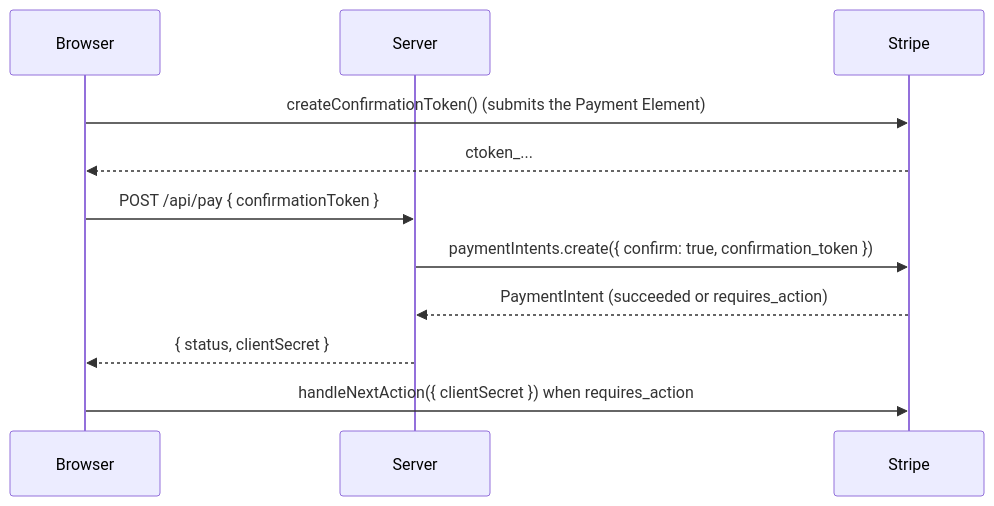
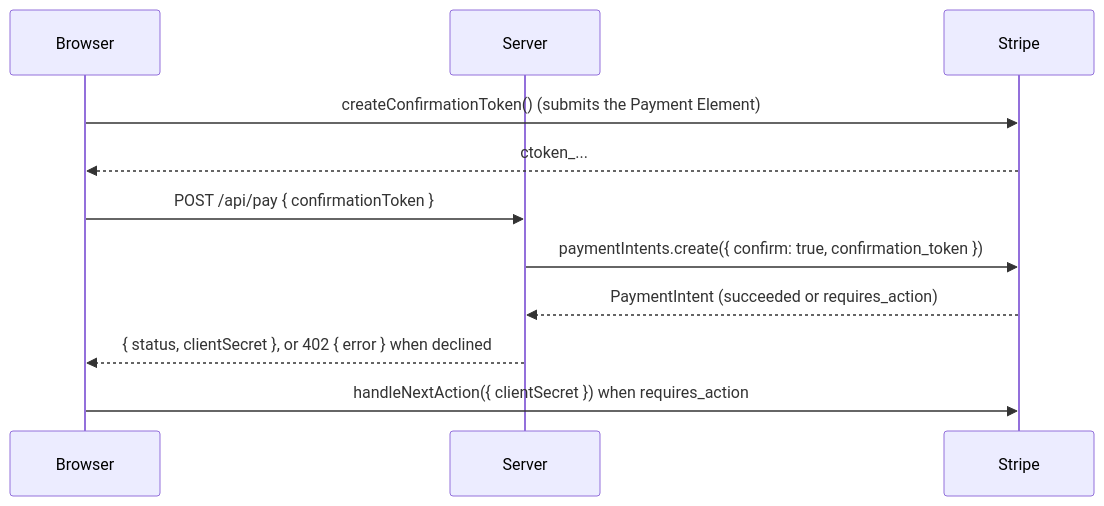
Before and after one commit to vue-stripe/vue-stripe: the diagram in apps/docs/guide/tokens.md, drawn with Mermaid. The commit also changed other lines of this file, not shown here.

First line of the commit message:
docs: confirm-on-server guide shows declines to the customer

````diff
--- a/apps/docs/guide/tokens.md
+++ b/apps/docs/guide/tokens.md
@@ -16,13 +16,13 @@
 ```mermaid
 sequenceDiagram
     participant Browser
     participant Server
     participant Stripe
     Browser->>Stripe: createConfirmationToken() (submits the Payment Element)
     Stripe-->>Browser: ctoken_...
     Browser->>Server: POST /api/pay { confirmationToken }
     Server->>Stripe: paymentIntents.create({ confirm: true, confirmation_token })
     Stripe-->>Server: PaymentIntent (succeeded or requires_action)
-    Server-->>Browser: { status, clientSecret }
+    Server-->>Browser: { status, clientSecret }, or 402 { error } when declined
     Browser->>Stripe: handleNextAction({ clientSecret }) when requires_action
 ```
````
